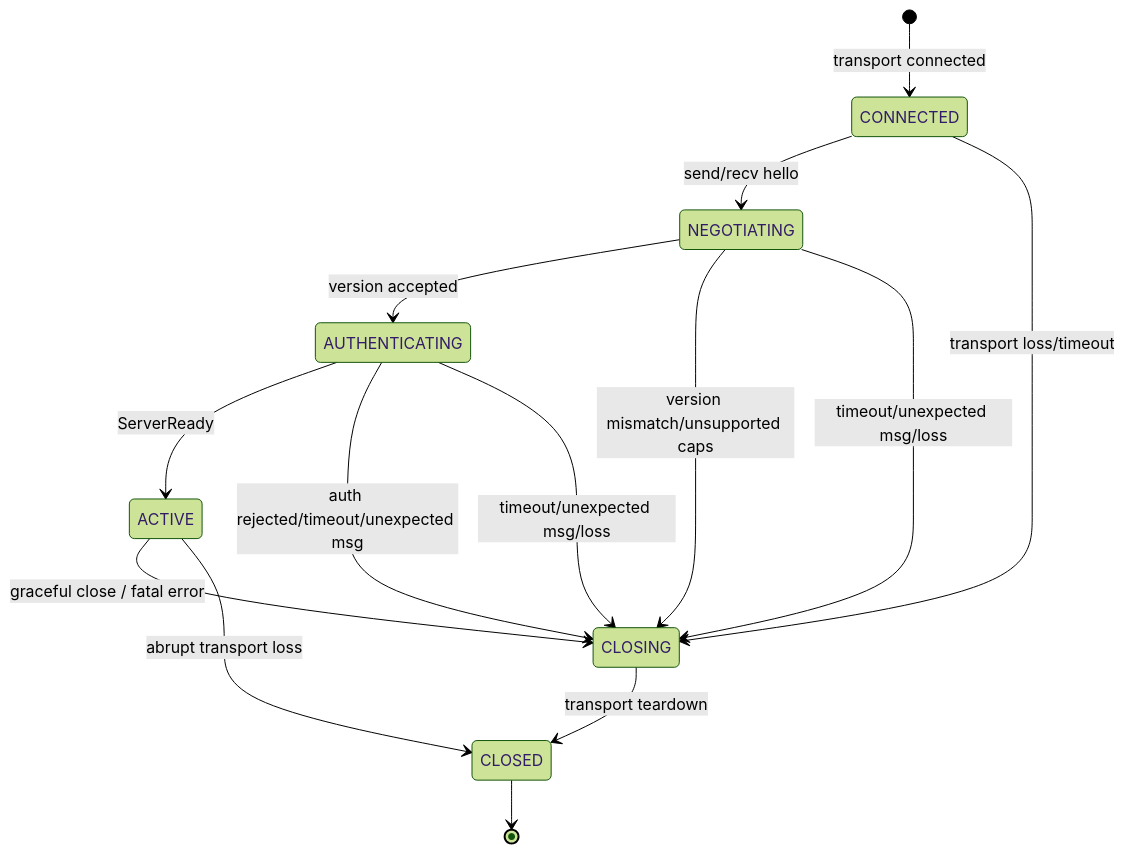
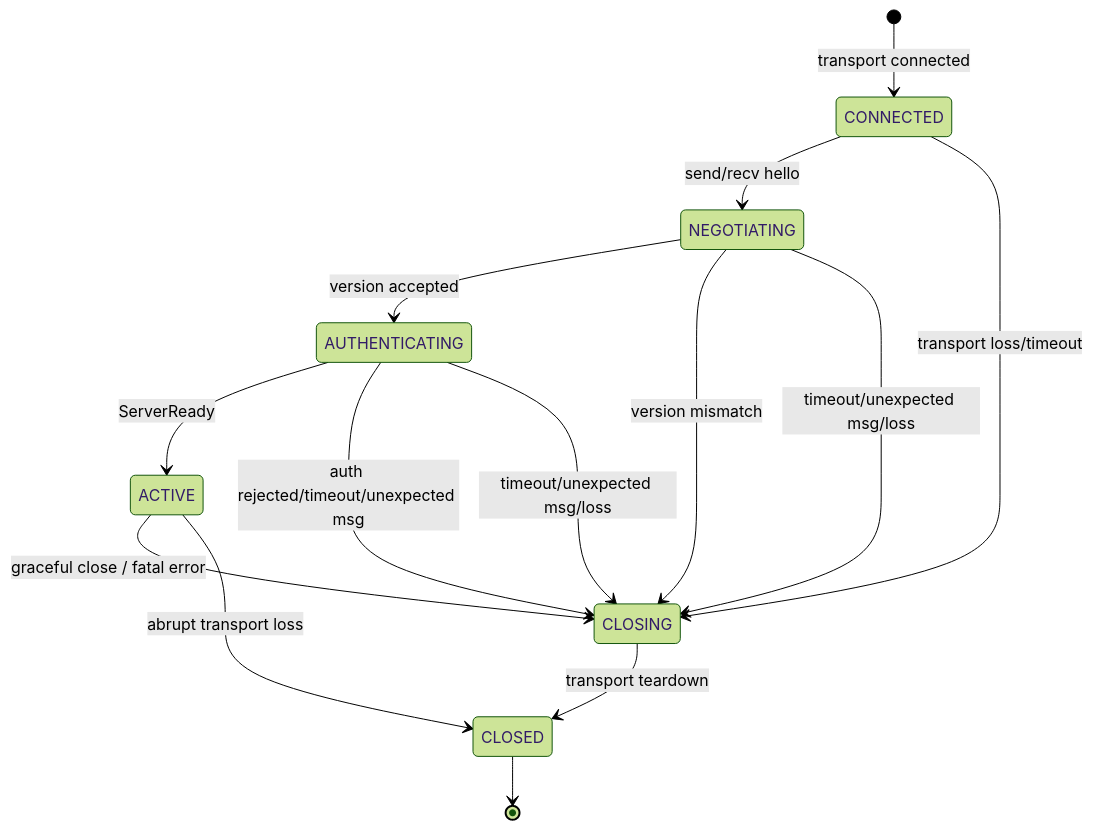
Before and after one commit to tinkle-org/syntra: the first of 9 diagrams in specifications/core/handshake.md, drawn with Mermaid (forest theme). The commit also changed other lines of this file and 76 other files, not shown here.

````diff
--- a/specifications/core/handshake.md
+++ b/specifications/core/handshake.md
@@ -29,16 +29,16 @@
 ```mermaid
 stateDiagram-v2
   [*] --> CONNECTED: transport connected
   CONNECTED --> NEGOTIATING: send/recv hello
   NEGOTIATING --> AUTHENTICATING: version accepted
-  NEGOTIATING --> CLOSING: version mismatch/unsupported caps
+  NEGOTIATING --> CLOSING: version mismatch
   AUTHENTICATING --> ACTIVE: ServerReady
   AUTHENTICATING --> CLOSING: auth rejected/timeout/unexpected msg
   ACTIVE --> CLOSING: graceful close / fatal error
   CLOSING --> CLOSED: transport teardown
   CONNECTED --> CLOSING: transport loss/timeout
   NEGOTIATING --> CLOSING: timeout/unexpected msg/loss
   AUTHENTICATING --> CLOSING: timeout/unexpected msg/loss
   ACTIVE --> CLOSED: abrupt transport loss
   CLOSED --> [*]
 ```
````
